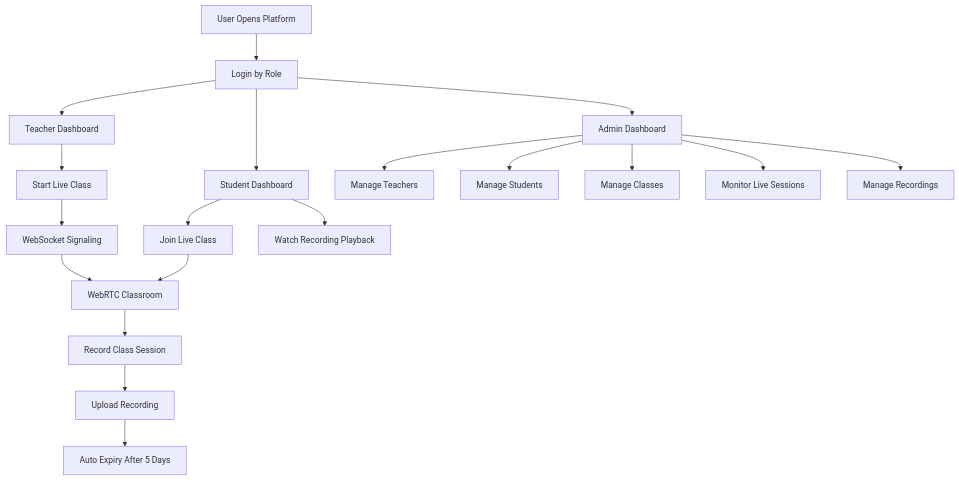
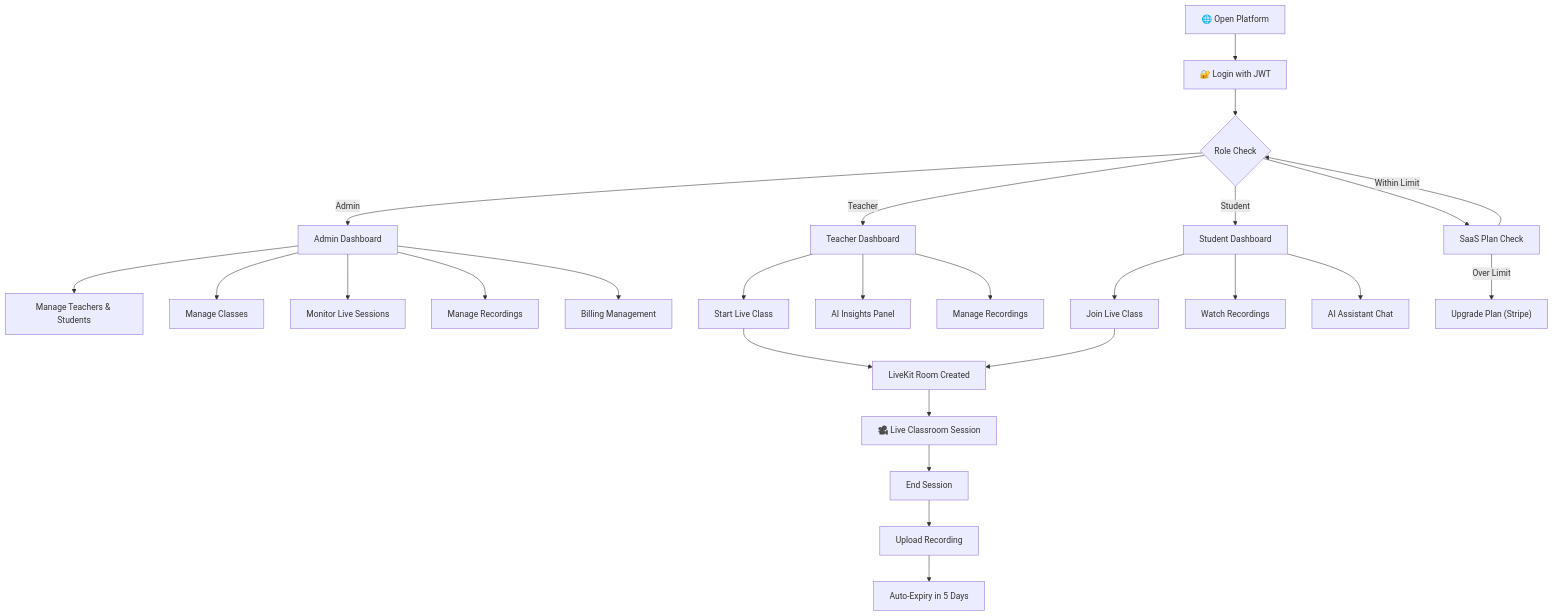
The second of 2 diagrams in README.md (zohair-azmat-ai/we-are-kids-lms-live), drawn with Mermaid before and after one commit. The commit also changed other lines of this file, not shown here.

First line of the commit message:
Upgrade README branding, architecture, and product presentation

````diff
--- a/README.md
+++ b/README.md
@@ -128,24 +289,34 @@
 ```mermaid
 flowchart TD
-    U[User Opens Platform] --> L[Login by Role]
-    L --> AD[Admin Dashboard]
-    L --> TD[Teacher Dashboard]
-    L --> SD[Student Dashboard]
+    OPEN["🌐 Open Platform"] --> LOGIN["🔐 Login with JWT"]
+    LOGIN --> ROLE{"Role Check"}
 
-    TD --> SLC[Start Live Class]
-    SLC --> SIG[WebSocket Signaling]
-    SIG --> RTC[WebRTC Classroom]
-    RTC --> REC[Record Class Session]
-    REC --> UP[Upload Recording]
-    UP --> EXP[Auto Expiry After 5 Days]
+    ROLE -->|Admin| A_DASH["Admin Dashboard"]
+    ROLE -->|Teacher| T_DASH["Teacher Dashboard"]
+    ROLE -->|Student| S_DASH["Student Dashboard"]
 
-    SD --> JLC[Join Live Class]
-    JLC --> RTC
-    SD --> WRP[Watch Recording Playback]
+    A_DASH --> A_USERS["Manage Teachers & Students"]
+    A_DASH --> A_CLASSES["Manage Classes"]
+    A_DASH --> A_SESSIONS["Monitor Live Sessions"]
+    A_DASH --> A_RECS["Manage Recordings"]
+    A_DASH --> A_BILLING["Billing Management"]
 
-    AD --> MT[Manage Teachers]
-    AD --> MS[Manage Students]
-    AD --> MC[Manage Classes]
-    AD --> MLS[Monitor Live Sessions]
-    AD --> MR[Manage Recordings]
+    T_DASH --> T_START["Start Live Class"]
+    T_DASH --> T_AI["AI Insights Panel"]
+    T_DASH --> T_RECS["Manage Recordings"]
+
+    T_START --> LK_ROOM["LiveKit Room Created"]
+    LK_ROOM --> LIVE["🎥 Live Classroom Session"]
+    LIVE --> END_SESSION["End Session"]
+    END_SESSION --> UPLOAD["Upload Recording"]
+    UPLOAD --> EXPIRY["Auto-Expiry in 5 Days"]
+
+    S_DASH --> S_JOIN["Join Live Class"]
+    S_JOIN --> LK_ROOM
+    S_DASH --> S_RECS["Watch Recordings"]
+    S_DASH --> S_AI["AI Assistant Chat"]
+
+    ROLE --> PLAN_CHECK["SaaS Plan Check"]
+    PLAN_CHECK -->|Over Limit| UPGRADE["Upgrade Plan (Stripe)"]
+    PLAN_CHECK -->|Within Limit| ROLE
 ```
````
